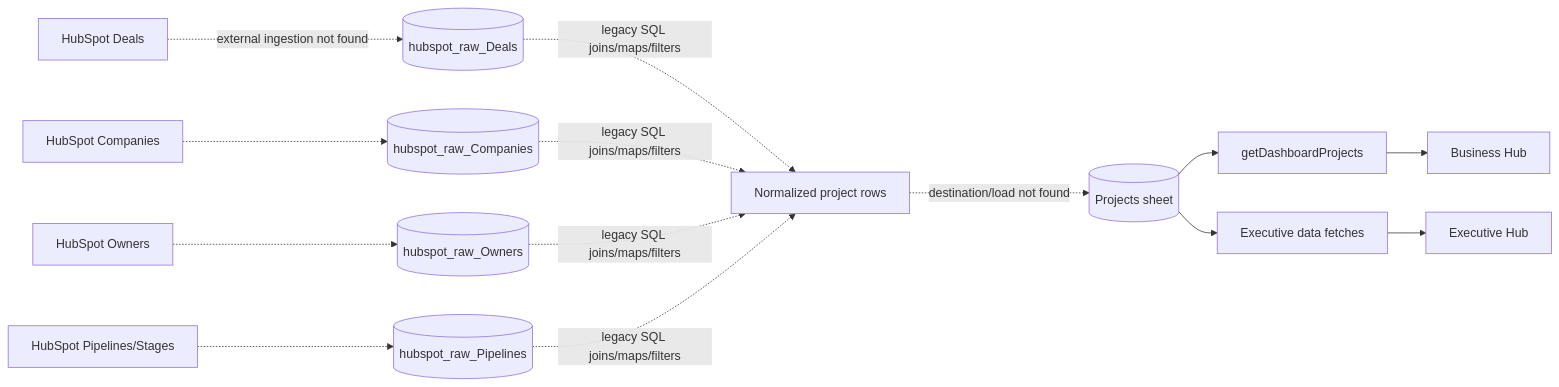
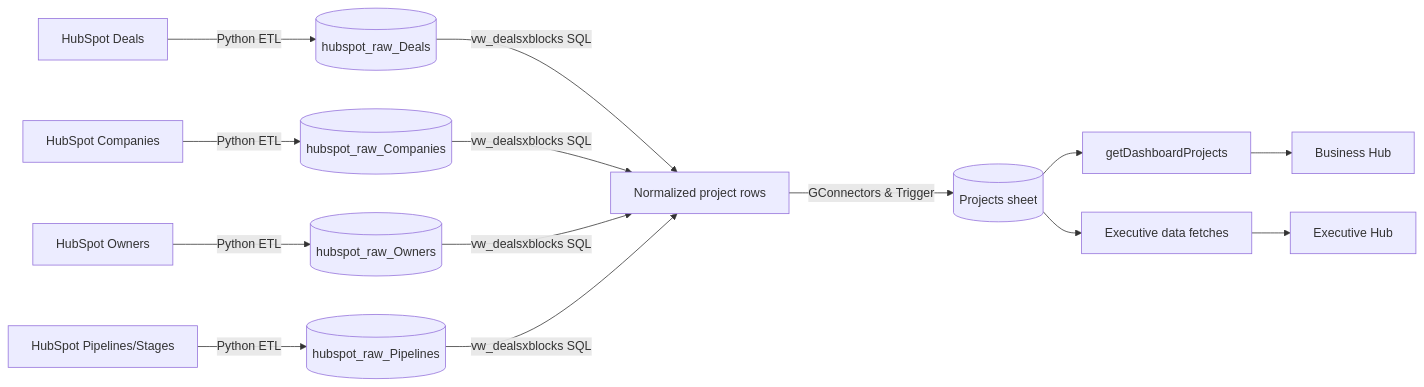
One commit to richard-joel-7/business_projection_app changed the first of 7 diagrams in docs/DATA_FLOW.md. Above: the diagram before and after it, drawn with Mermaid. The commit also changed other lines of this file and 2 other files, not shown here.

Commit message:
Docs With ETL Logic

````diff
--- a/docs/DATA_FLOW.md
+++ b/docs/DATA_FLOW.md
@@ -11,13 +11,13 @@
 ```mermaid
 flowchart LR
-    HD[HubSpot Deals] -.->|external ingestion not found| HDR[(hubspot_raw_Deals)]
-    HC[HubSpot Companies] -.-> HCR[(hubspot_raw_Companies)]
-    HO[HubSpot Owners] -.-> HOR[(hubspot_raw_Owners)]
-    HP[HubSpot Pipelines/Stages] -.-> HPR[(hubspot_raw_Pipelines)]
-    HDR & HCR & HOR & HPR -.->|legacy SQL joins/maps/filters| U[Normalized project rows]
-    U -.->|destination/load not found| PS[(Projects sheet)]
+    HD[HubSpot Deals] -->|Python ETL| HDR[(hubspot_raw_Deals)]
+    HC[HubSpot Companies] -->|Python ETL| HCR[(hubspot_raw_Companies)]
+    HO[HubSpot Owners] -->|Python ETL| HOR[(hubspot_raw_Owners)]
+    HP[HubSpot Pipelines/Stages] -->|Python ETL| HPR[(hubspot_raw_Pipelines)]
+    HDR & HCR & HOR & HPR -->|vw_dealsxblocks SQL| U[Normalized project rows]
+    U -->|GConnectors & Trigger| PS[(Projects sheet)]
     PS --> API[getDashboardProjects]
     API --> BH[Business Hub]
     PS --> EXAPI[Executive data fetches]
     EXAPI --> EH[Executive Hub]
 ```
````
